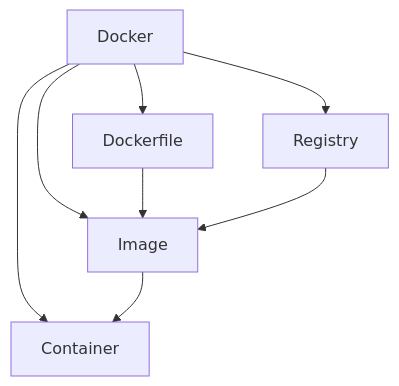
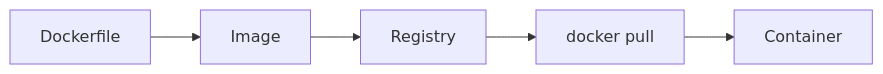
The seventh of 16 diagrams in lectures/Lec9/vitepress.md (Kert0n/KPO), drawn with Mermaid before and after one commit. The commit also changed other lines of this file and 9 other files, not shown here.

````diff
--- a/lectures/Lec9/vitepress.md
+++ b/lectures/Lec9/vitepress.md
@@ -392,10 +202,7 @@
 ```mermaid
-flowchart TD
-    Docker[Docker] --> Image[Image]
-    Docker --> Container[Container]
-    Docker --> Registry[Registry]
-    Docker --> Dockerfile[Dockerfile]
-    Image --> Container
-    Dockerfile --> Image
-    Registry --> Image
+flowchart LR
+    Dockerfile["Dockerfile"] --> Image["Image"]
+    Image --> Registry["Registry"]
+    Registry --> Pull["docker pull"]
+    Pull --> Container["Container"]
 ```
````
